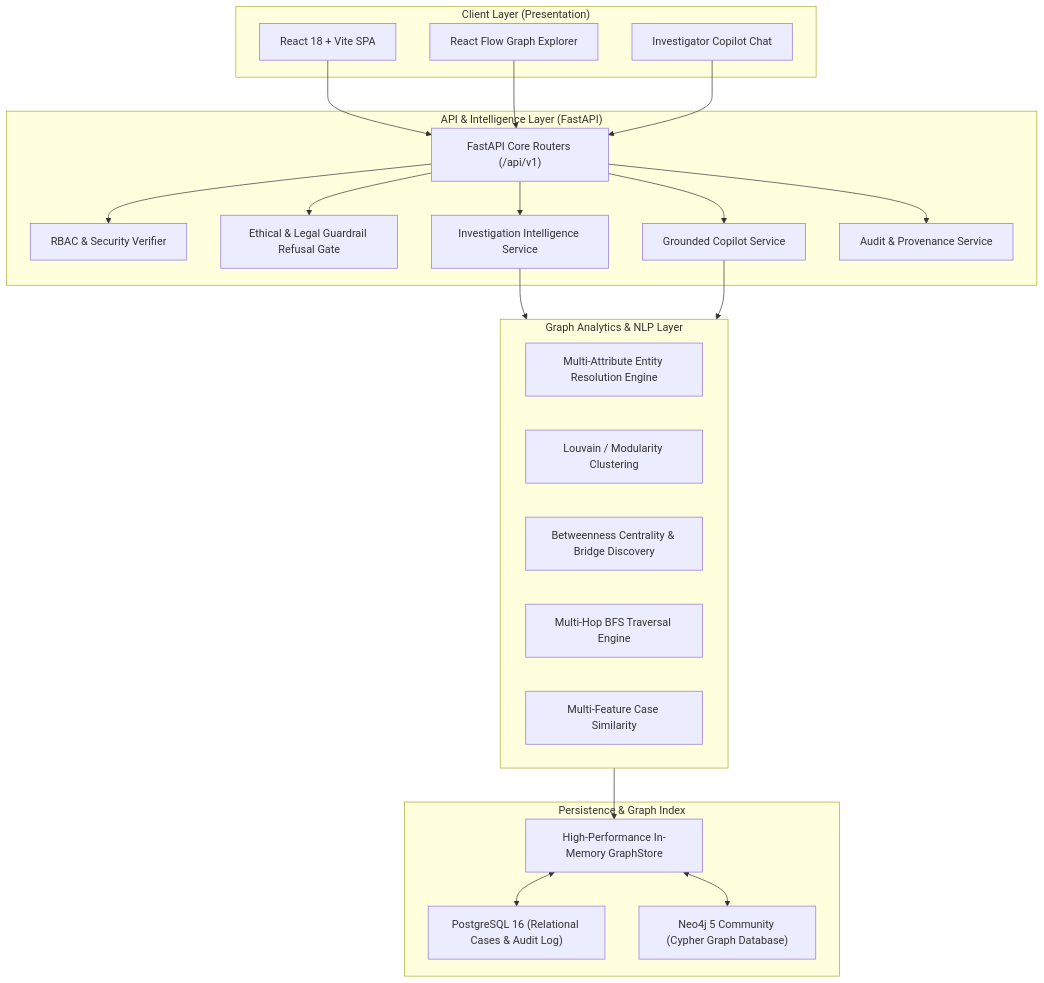
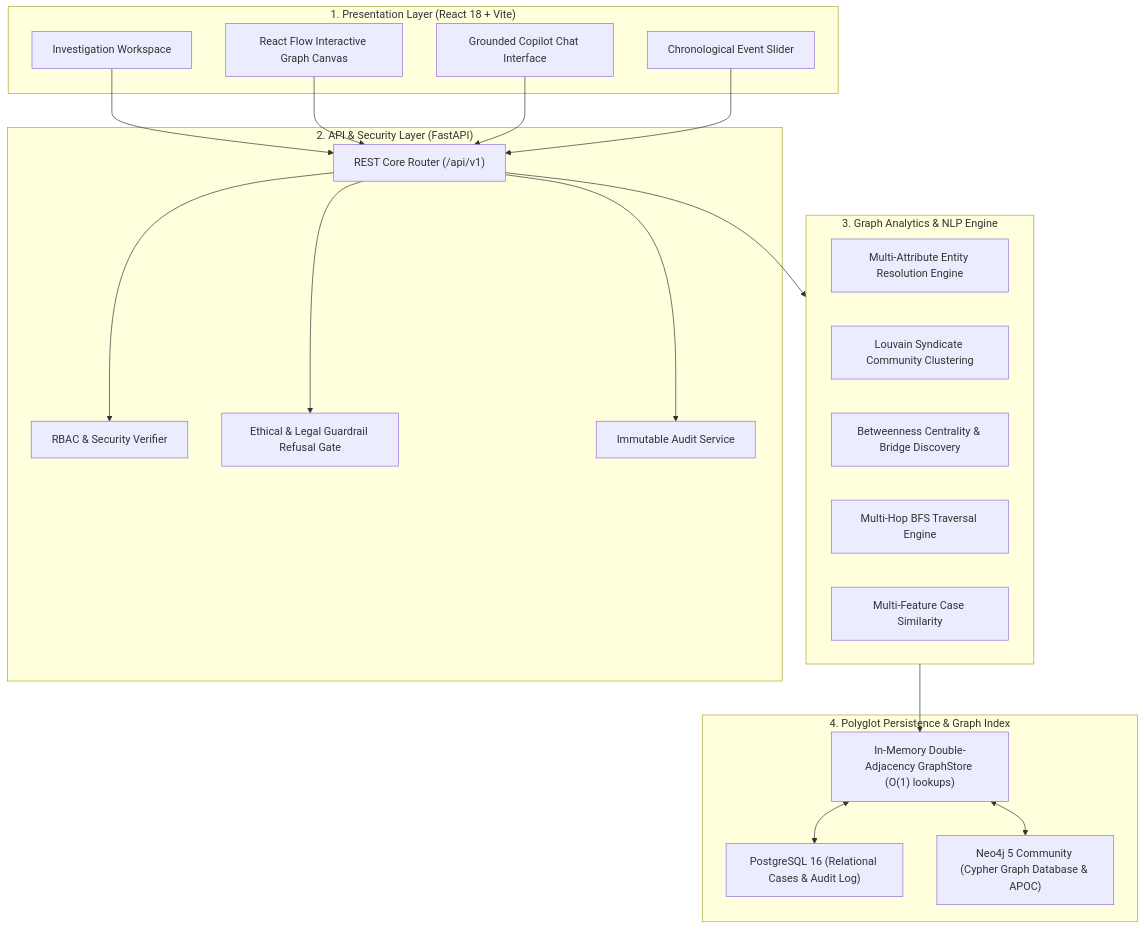
Before and after one commit to acchasujal/Nexus: the diagram in ARCHITECTURE.md, drawn with Mermaid. The commit also changed other lines of this file and 61 other files, not shown here.

````diff
--- a/ARCHITECTURE.md
+++ b/ARCHITECTURE.md
@@ -7,48 +7,44 @@
 ```mermaid
 graph TD
-    subgraph ClientLayer ["Client Layer (Presentation)"]
-        UI["React 18 + Vite SPA"]
-        RF["React Flow Graph Explorer"]
-        CopilotUI["Investigator Copilot Chat"]
+    subgraph ClientLayer ["1. Presentation Layer (React 18 + Vite)"]
+        UI["Investigation Workspace"]
+        RF["React Flow Interactive Graph Canvas"]
+        CopilotUI["Grounded Copilot Chat Interface"]
+        TimelineUI["Chronological Event Slider"]
     end
 
-    subgraph APILayer ["API & Intelligence Layer (FastAPI)"]
-        Router["FastAPI Core Routers (/api/v1)"]
+    subgraph APILayer ["2. API & Security Layer (FastAPI)"]
+        Router["REST Core Router (/api/v1)"]
         Auth["RBAC & Security Verifier"]
         RefusalGate["Ethical & Legal Guardrail Refusal Gate"]
-        CaseSvc["Investigation Intelligence Service"]
-        CopilotSvc["Grounded Copilot Service"]
-        AuditSvc["Audit & Provenance Service"]
+        AuditSvc["Immutable Audit Service"]
     end
 
-    subgraph AnalyticsLayer ["Graph Analytics & NLP Layer"]
+    subgraph AnalyticsLayer ["3. Graph Analytics & NLP Engine"]
         ER["Multi-Attribute Entity Resolution Engine"]
-        Comm["Louvain / Modularity Clustering"]
-        Bridge["Betweenness Centrality & Bridge Discovery"]
+        Louvain["Louvain Syndicate Community Clustering"]
+        Centrality["Betweenness Centrality & Bridge Discovery"]
         BFS["Multi-Hop BFS Traversal Engine"]
-        Sim["Multi-Feature Case Similarity"]
+        Similarity["Multi-Feature Case Similarity"]
     end
 
-    subgraph StorageLayer ["Persistence & Graph Index"]
-        MemGraph["High-Performance In-Memory GraphStore"]
+    subgraph StorageLayer ["4. Polyglot Persistence & Graph Index"]
+        MemGraph["In-Memory Double-Adjacency GraphStore (O(1) lookups)"]
         Postgres["PostgreSQL 16 (Relational Cases & Audit Log)"]
-        Neo4j["Neo4j 5 Community (Cypher Graph Database)"]
+        Neo4j["Neo4j 5 Community (Cypher Graph Database & APOC)"]
     end
 
     UI --> Router
     RF --> Router
     CopilotUI --> Router
+    TimelineUI --> Router
 
     Router --> Auth
     Router --> RefusalGate
-    Router --> CaseSvc
-    Router --> CopilotSvc
     Router --> AuditSvc
 
-    CaseSvc --> AnalyticsLayer
-    CopilotSvc --> AnalyticsLayer
+    Router --> AnalyticsLayer
     AnalyticsLayer --> MemGraph
-
     MemGraph <--> Postgres
     MemGraph <--> Neo4j
 ```
````
